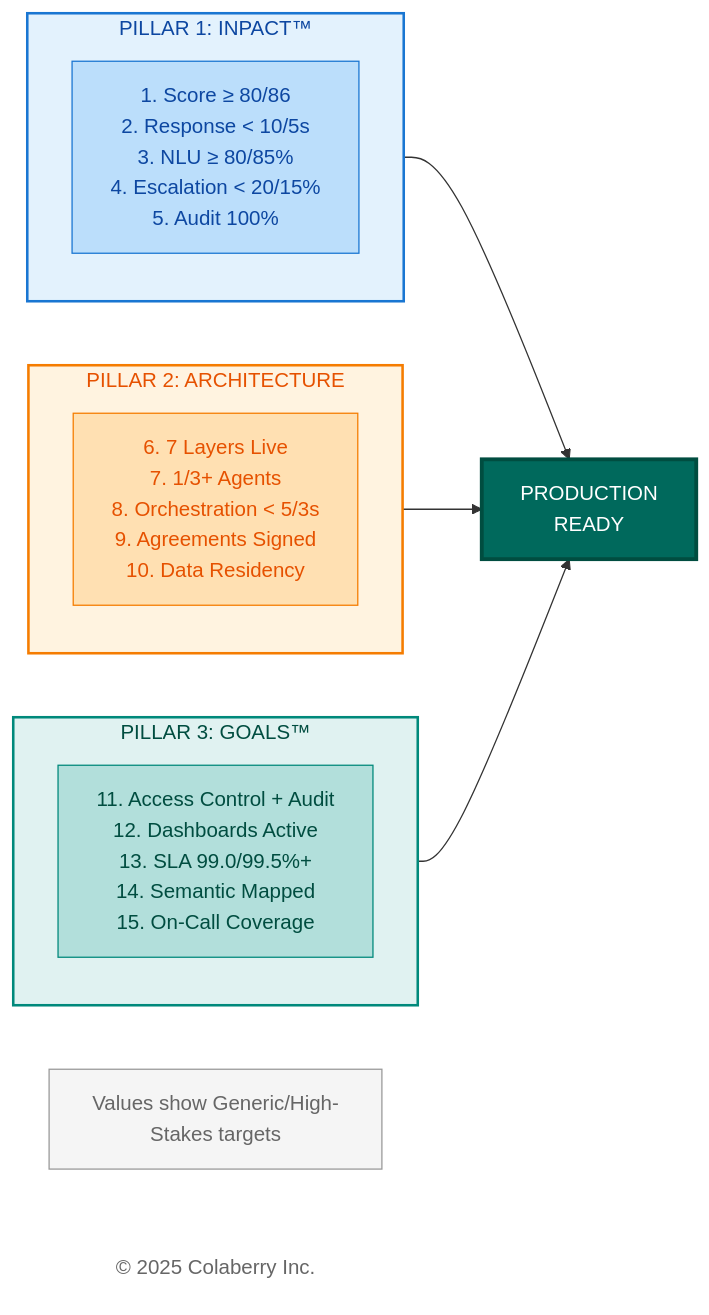
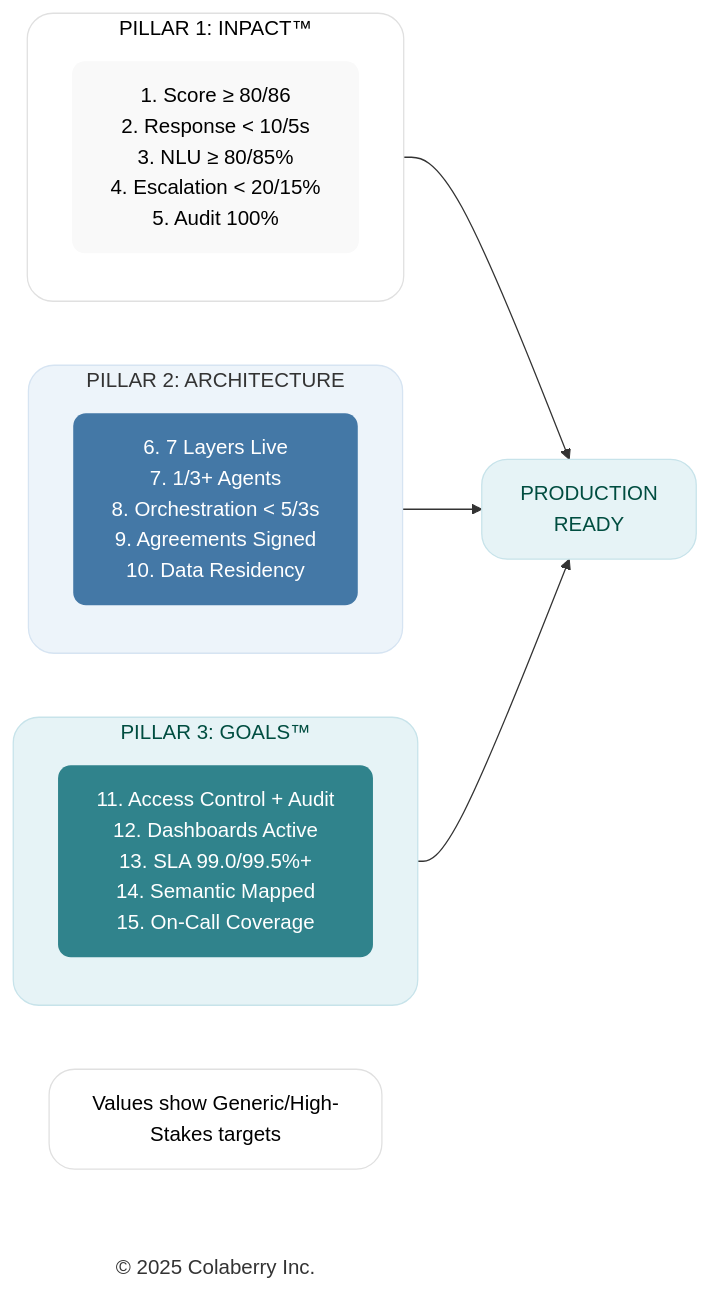
The second of 6 diagrams in manuscript/13_chapter_12_running_agents_at_scale.md (saitejesh-cyber/trust-before-intelligence-book), drawn with Mermaid before and after one commit. The commit also changed other lines of this file and 7 other files, not shown here.

Commit message:
Chapter 6to13: Updated mermaid diagrams based on new colaberry color code

````diff
--- a/manuscript/13_chapter_12_running_agents_at_scale.md
+++ b/manuscript/13_chapter_12_running_agents_at_scale.md
@@ -100,36 +100,36 @@
 ```mermaid
 
 graph LR
     subgraph INPACT["PILLAR 1: INPACT™"]
         I1["1. Score ≥ 80/86<br/>2. Response < 10/5s<br/>3. NLU ≥ 80/85%<br/>4. Escalation < 20/15%<br/>5. Audit 100%"]
     end
     
     subgraph ARCH["PILLAR 2: ARCHITECTURE"]
         A1["6. 7 Layers Live<br/>7. 1/3+ Agents<br/>8. Orchestration < 5/3s<br/>9. Agreements Signed<br/>10. Data Residency"]
     end
     
     subgraph GOALS["PILLAR 3: GOALS™"]
         G1["11. Access Control + Audit<br/>12. Dashboards Active<br/>13. SLA 99.0/99.5%+<br/>14. Semantic Mapped<br/>15. On-Call Coverage"]
     end
     
     READY["PRODUCTION<br/>READY"]
     
     Note["Values show Generic/High-Stakes targets"]
     
     Copyright["© 2025 Colaberry Inc."]
     
     INPACT --> READY
     ARCH --> READY
     GOALS --> READY
     
-    style INPACT fill:#e3f2fd,stroke:#1976d2,stroke-width:2px,color:#0d47a1
-    style ARCH fill:#fff3e0,stroke:#f57c00,stroke-width:2px,color:#e65100
-    style GOALS fill:#e0f2f1,stroke:#00897b,stroke-width:2px,color:#004d40
-    style I1 fill:#bbdefb,stroke:#1976d2,color:#0d47a1
-    style A1 fill:#ffe0b2,stroke:#f57c00,color:#e65100
-    style G1 fill:#b2dfdb,stroke:#00897b,color:#004d40
-    style READY fill:#00695c,color:#ffffff,stroke:#004d40,stroke-width:3px
-    style Note fill:#f5f5f5,stroke:#999999,color:#666666
-    style Copyright fill:#ffffff,stroke:none,color:#666666
+    style INPACT fill:#ffffff,stroke:#e0e0e0,stroke-width:1px,color:#000000,rx:20,ry:20
+    style ARCH fill:#edf4fa,stroke:#d6e4f2,stroke-width:1px,color:#333333,rx:20,ry:20
+    style GOALS fill:#e6f3f6,stroke:#c7e3ea,stroke-width:1px,color:#004d40,rx:20,ry:20
+    style I1 fill:#f9f9f9,stroke:none,color:#000000,rx:10,ry:10
+    style A1 fill:#4478A6,stroke:none,color:#ffffff,rx:10,ry:10
+    style G1 fill:#30838C,stroke:none,color:#ffffff,rx:10,ry:10
+    style READY fill:#e6f3f6,stroke:#c7e3ea,stroke-width:1px,color:#004d40,rx:20,ry:20
+    style Note fill:#ffffff,stroke:#e0e0e0,stroke-width:1px,color:#000000,rx:20,ry:20
+    style Copyright fill:none,stroke:none,color:#333333
 
 ```
````
